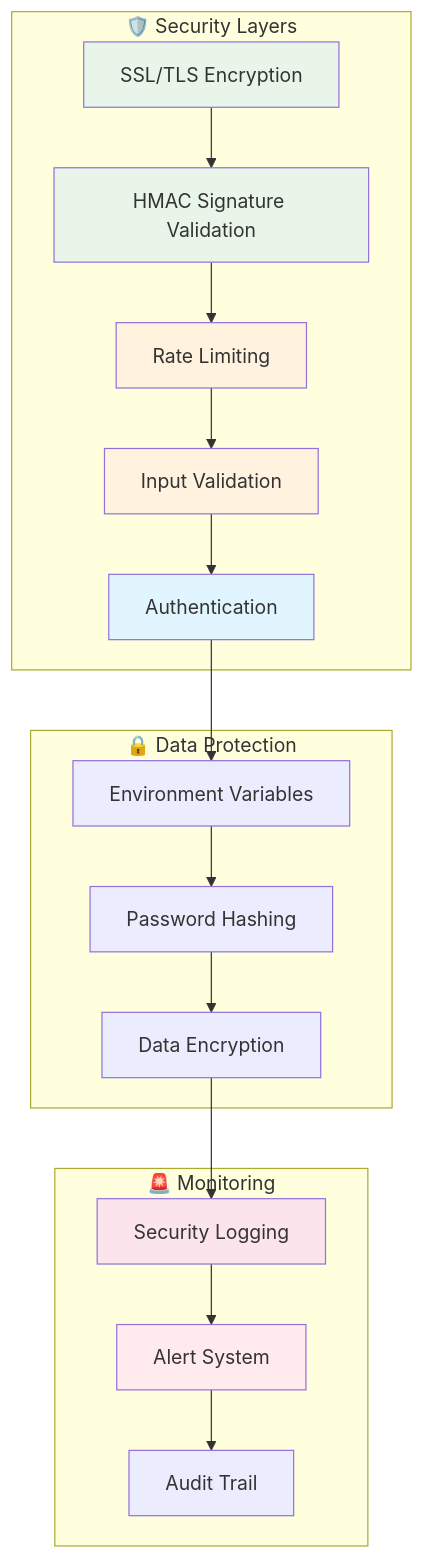
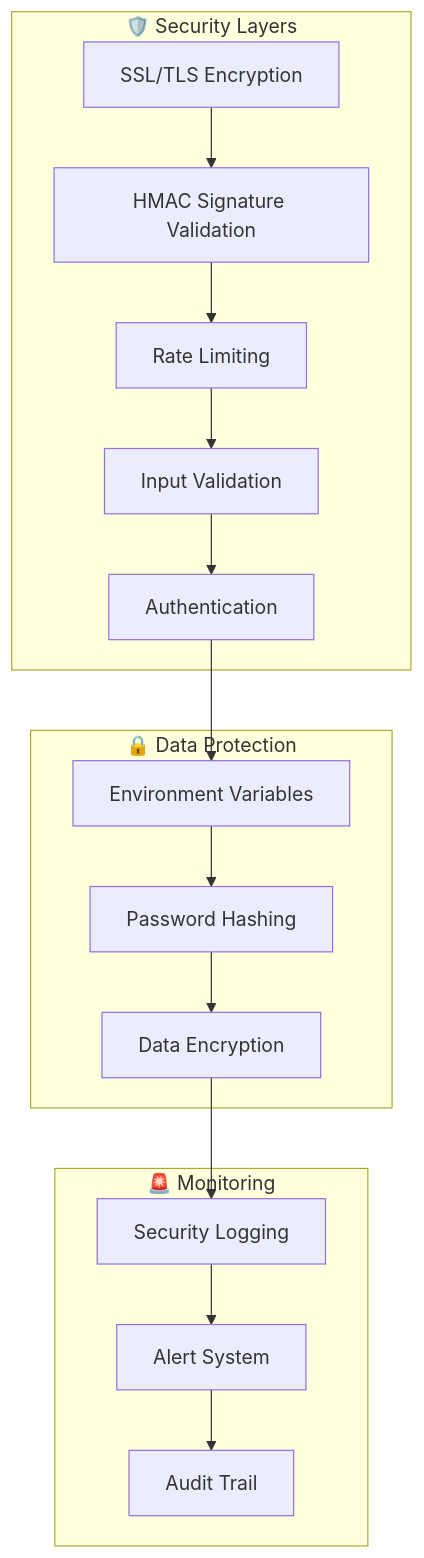
The eighth of 9 diagrams in docs/ARCHITECTURE.md (neKamita/Mirza-Telegram-Shop-Bot), drawn with Mermaid before and after one commit. The commit also changed other lines of this file and 2 other files, not shown here.

````diff
--- a/docs/ARCHITECTURE.md
+++ b/docs/ARCHITECTURE.md
@@ -312,43 +290,36 @@
 ```mermaid
 graph TD
     subgraph "🛡️ Security Layers"
         SSL[SSL/TLS Encryption]
         HMAC[HMAC Signature Validation]
         RATE[Rate Limiting]
         VALID[Input Validation]
         AUTH[Authentication]
     end
     
     subgraph "🔒 Data Protection"
         ENV[Environment Variables]
         HASH[Password Hashing]
         ENCRYPT[Data Encryption]
     end
     
     subgraph "🚨 Monitoring"
         LOG[Security Logging]
         ALERT[Alert System]
         AUDIT[Audit Trail]
     end
     
     SSL --> HMAC
     HMAC --> RATE
     RATE --> VALID
     VALID --> AUTH
     
     AUTH --> ENV
     ENV --> HASH
     HASH --> ENCRYPT
     
     ENCRYPT --> LOG
     LOG --> ALERT
     ALERT --> AUDIT
     
-    style SSL fill:#e8f5e8
-    style HMAC fill:#e8f5e8
-    style RATE fill:#fff3e0
-    style VALID fill:#fff3e0
-    style AUTH fill:#e1f5fe
-    style LOG fill:#fce4ec
-    style ALERT fill:#ffebee
 ```
````
